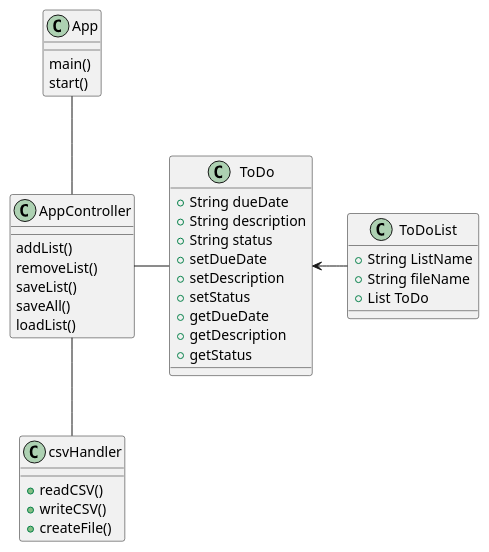
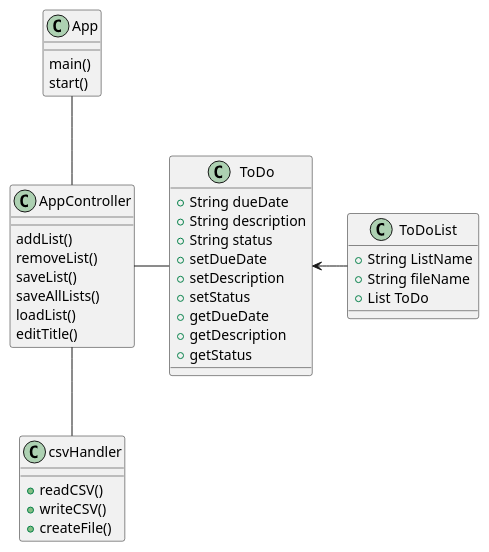
Before and after one commit to AndresCKF/Rosales-COP3330-assignment4: the diagram in UML/App.puml, drawn with PlantUML.

Commit message:
finishing....finishing

```diff
--- a/UML/App.puml
+++ b/UML/App.puml
@@ -1,41 +1,43 @@
 @startuml
 'https://plantuml.com/sequence-diagram
 
 class App{
     main()
     start()
 }
 class AppController{
     addList()
     removeList()
     saveList()
-    saveAll()
+    saveAllLists()
     loadList()
+    editTitle()
+
 }
 class ToDo{
     +String dueDate
     +String description
     +String status
     +setDueDate
     +setDescription
     +setStatus
     +getDueDate
     +getDescription
     +getStatus
 }
 class ToDoList{
     +String ListName
     +String fileName
     +List ToDo
 }
 
 class csvHandler {
     + readCSV()
     + writeCSV()
     + createFile()
 }
 App -- AppController
 AppController -- csvHandler
 AppController - ToDo
 ToDo <-ToDoList
 @enduml
```
